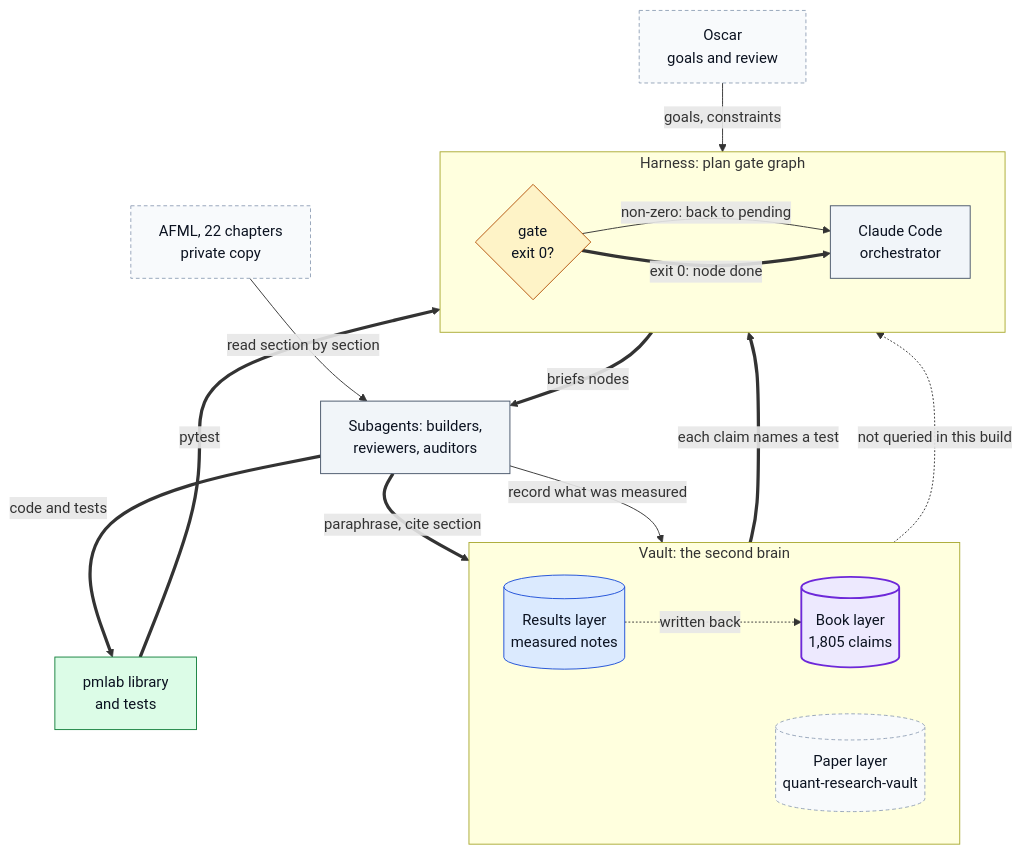
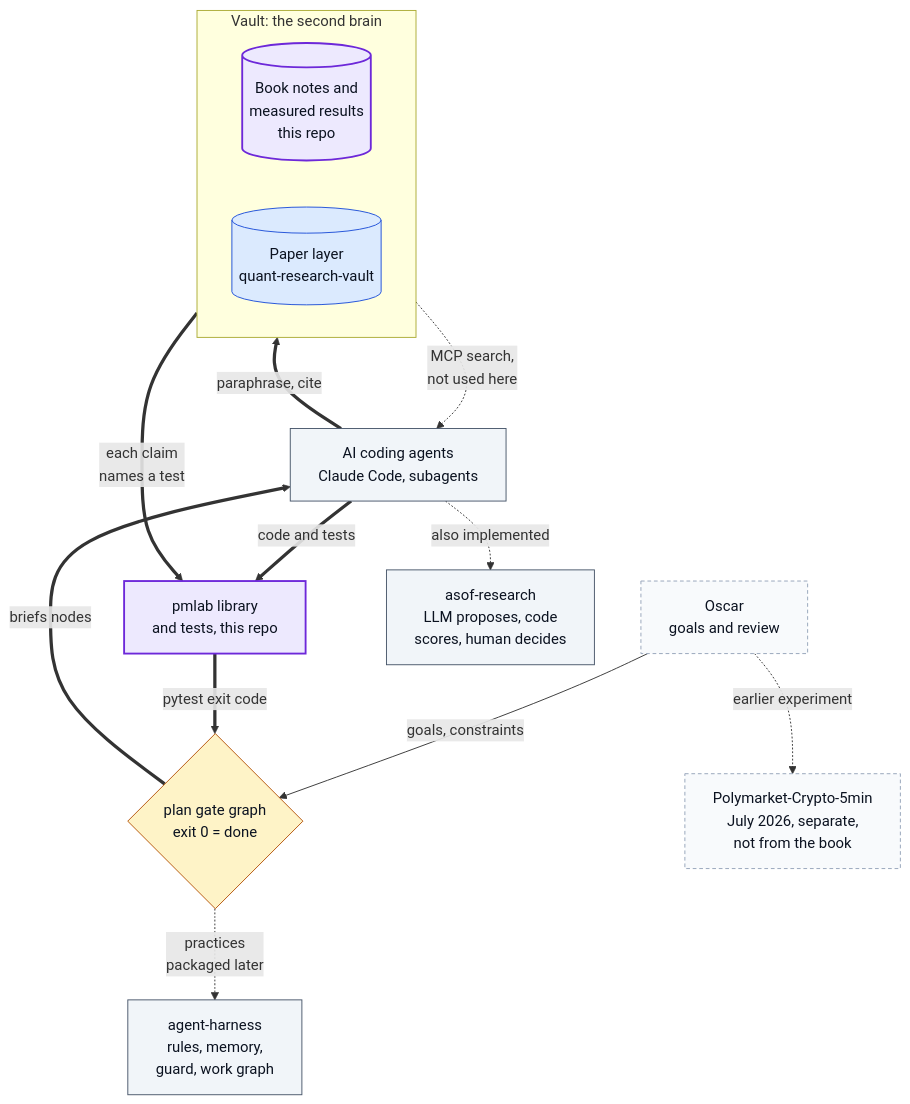
The first of 2 diagrams in README.md (oscar-chw/agentic-quant-research), drawn with Mermaid before and after one commit. The commit also changed other lines of this file and 2 other files, not shown here.

First line of the commit message:
docs: present the repo as the front page of the research system

````diff
--- a/README.md
+++ b/README.md
@@ -15,36 +15,31 @@
 ```mermaid
 flowchart TB
     OSCAR["Oscar<br/>goals and review"]:::ext
-    BOOK["AFML, 22 chapters<br/>private copy"]:::ext
+    GRAPH{"plan gate graph<br/>exit 0 = done"}:::gate
+    AGENTS["AI coding agents<br/>Claude Code, subagents"]:::step
     subgraph VAULT["Vault: the second brain"]
         direction LR
-        CLAIMS[("Book layer<br/>1,805 claims")]:::key
-        PAPERS[("Paper layer<br/>quant-research-vault")]:::ext
-        RESULTS[("Results layer<br/>measured notes")]:::data
+        BOOK[("Book notes and<br/>measured results<br/>this repo")]:::key
+        PAPERS[("Paper layer<br/>quant-research-vault")]:::data
     end
-    subgraph HARNESS["Harness: plan gate graph"]
-        direction LR
-        ORCH["Claude Code<br/>orchestrator"]:::step
-        GATE{"gate<br/>exit 0?"}:::gate
-    end
-    AGENTS["Subagents: builders,<br/>reviewers, auditors"]:::step
-    LIB["pmlab library<br/>and tests"]:::out
-    OSCAR -->|"goals, constraints"| ORCH
-    BOOK -->|"read section by section"| AGENTS
-    AGENTS ==>|"paraphrase, cite section"| CLAIMS
-    CLAIMS ==>|"each claim names a test"| ORCH
-    ORCH ==>|"briefs nodes"| AGENTS
+    LIB["pmlab library<br/>and tests, this repo"]:::key
+    AH["agent-harness<br/>rules, memory,<br/>guard, work graph"]:::step
+    ASOF["asof-research<br/>LLM proposes, code<br/>scores, human decides"]:::step
+    PM["Polymarket-Crypto-5min<br/>July 2026, separate,<br/>not from the book"]:::ext
+    OSCAR -->|"goals, constraints"| GRAPH
+    OSCAR -.->|"earlier experiment"| PM
+    GRAPH ==>|"briefs nodes"| AGENTS
+    GRAPH -.->|"practices<br/>packaged later"| AH
+    AGENTS ==>|"paraphrase, cite"| BOOK
+    PAPERS -.->|"MCP search,<br/>not used here"| AGENTS
+    BOOK ==>|"each claim<br/>names a test"| LIB
     AGENTS ==>|"code and tests"| LIB
-    LIB ==>|"pytest"| GATE
-    GATE -->|"non-zero: back to pending"| ORCH
-    GATE ==>|"exit 0: node done"| ORCH
-    AGENTS -->|"record what was measured"| RESULTS
-    RESULTS -.->|"written back"| CLAIMS
-    PAPERS -.->|"not queried in this build"| ORCH
+    LIB ==>|"pytest exit code"| GRAPH
+    AGENTS -.->|"also implemented"| ASOF
     classDef data fill:#dbeafe,stroke:#1d4ed8,color:#0b1220
     classDef step fill:#f1f5f9,stroke:#475569,color:#0b1220
     classDef gate fill:#fef3c7,stroke:#b45309,color:#0b1220
     classDef out fill:#dcfce7,stroke:#15803d,color:#0b1220
     classDef ext fill:#f8fafc,stroke:#94a3b8,color:#0b1220,stroke-dasharray:4 3
     classDef key fill:#ede9fe,stroke:#6d28d9,color:#0b1220,stroke-width:2px
 ```
````
